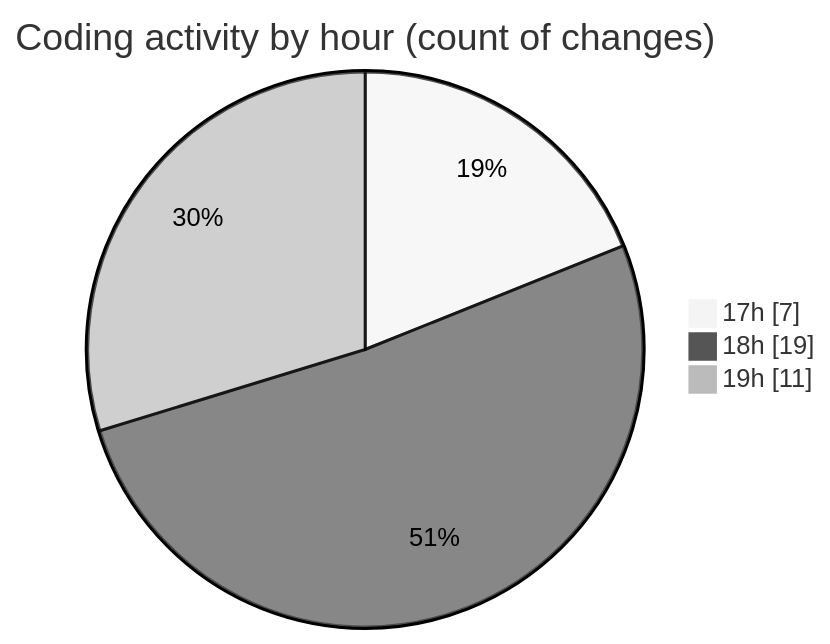
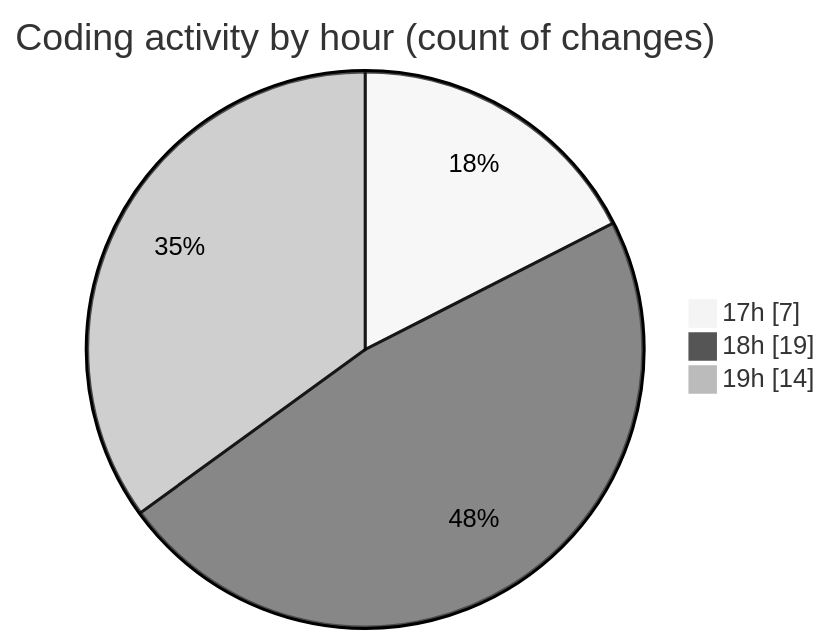
One commit to Ritupan-Deka/code-tracking changed the second of 2 diagrams in 2025-05-22/expensetracker/README.md. Above: the diagram before and after it, drawn with Mermaid (neutral theme). The commit also changed other lines of this file and 1 other file, not shown here.

````diff
--- a/2025-05-22/expensetracker/README.md
+++ b/2025-05-22/expensetracker/README.md
@@ -38,7 +40,7 @@
 ```mermaid
 pie showData
 title Coding activity by hour (count of changes)
 "17h" : 7
 "18h" : 19
-"19h" : 11
+"19h" : 14
 ```
````
